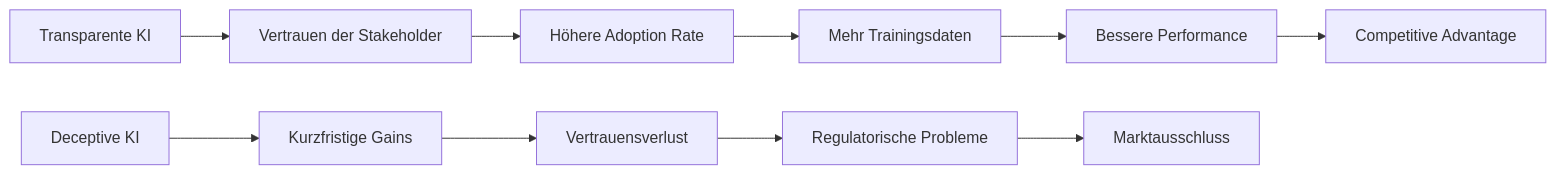
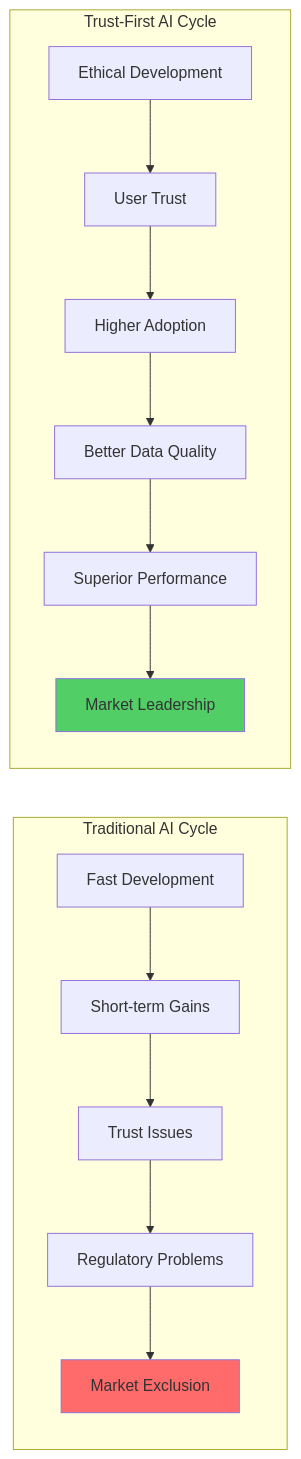
The second of 6 diagrams in docs/blog/posts/2025-06-23-transparenz-statt-taeuschung-cluely-kontroverse.md (satwareAG/satware.ai), drawn with Mermaid before and after one commit. The commit also changed other lines of this file, not shown here.

````diff
--- a/docs/blog/posts/2025-06-23-transparenz-statt-taeuschung-cluely-kontroverse.md
+++ b/docs/blog/posts/2025-06-23-transparenz-statt-taeuschung-cluely-kontroverse.md
@@ -86,13 +94,20 @@
 ```mermaid
-graph LR
-    A[Transparente KI] --> B[Vertrauen der Stakeholder]
-    B --> C[Höhere Adoption Rate]
-    C --> D[Mehr Trainingsdaten]
-    D --> E[Bessere Performance]
-    E --> F[Competitive Advantage]
+flowchart LR
+    subgraph "Traditional AI Cycle"
+        A1[Fast Development] --> B1[Short-term Gains]
+        B1 --> C1[Trust Issues]
+        C1 --> D1[Regulatory Problems]
+        D1 --> E1[Market Exclusion]
+    end
     
-    G[Deceptive KI] --> H[Kurzfristige Gains]
-    H --> I[Vertrauensverlust]
-    I --> J[Regulatorische Probleme]
-    J --> K[Marktausschluss]
+    subgraph "Trust-First AI Cycle"
+        A2[Ethical Development] --> B2[User Trust]
+        B2 --> C2[Higher Adoption]
+        C2 --> D2[Better Data Quality]
+        D2 --> E2[Superior Performance]
+        E2 --> F2[Market Leadership]
+    end
+    
+    style E1 fill:#ff6b6b
+    style F2 fill:#51cf66
 ```
````
